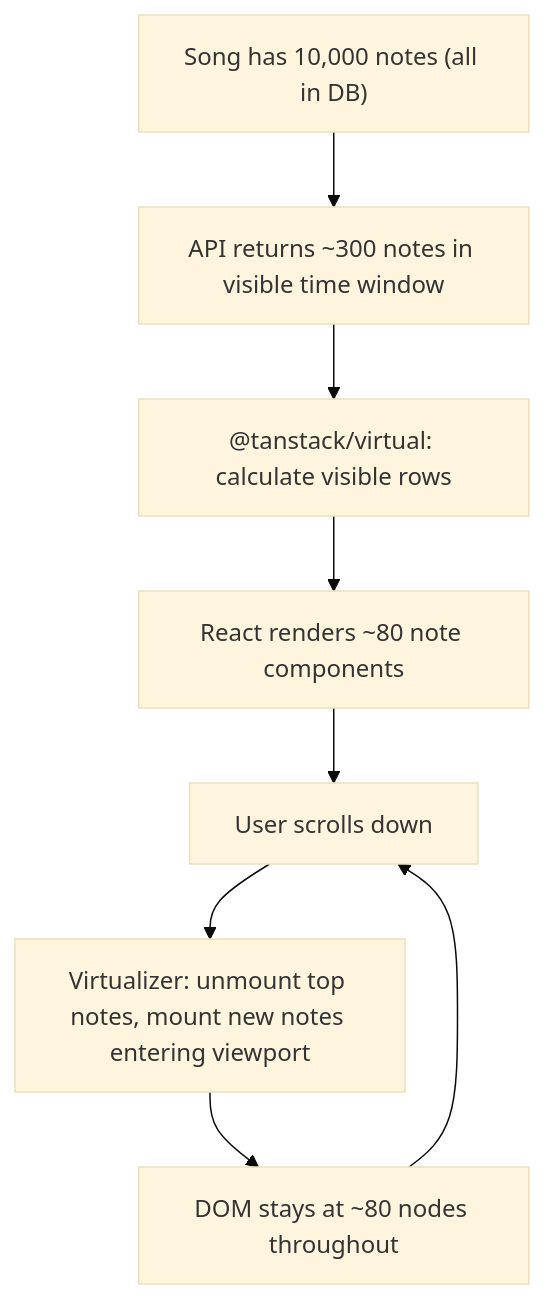
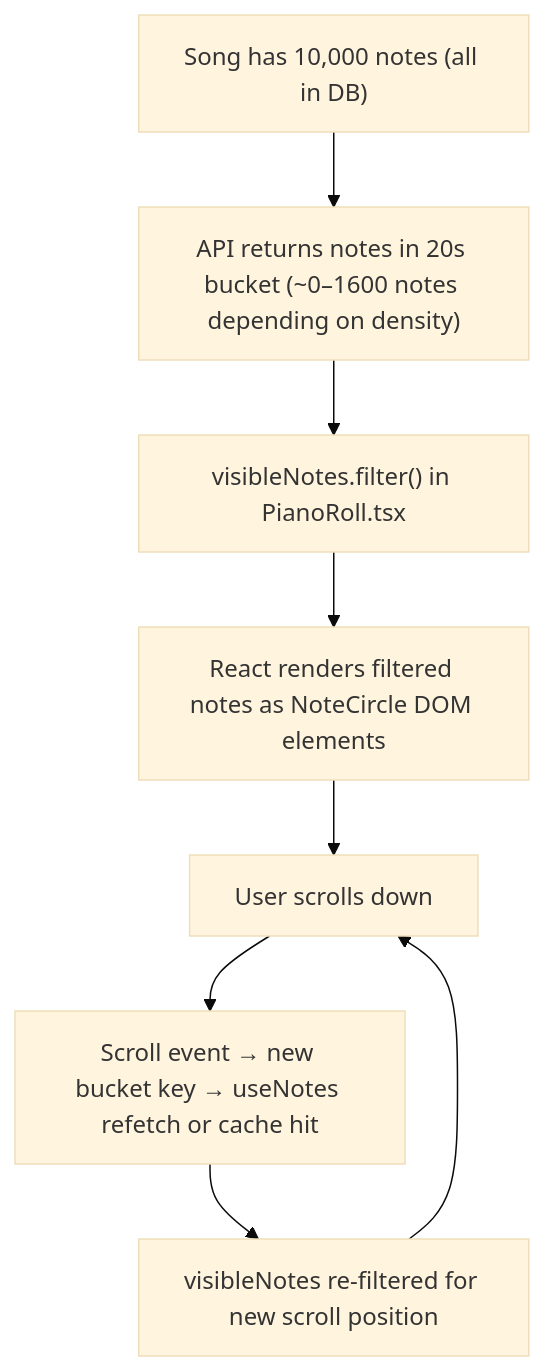
The diagram in docs/project/features/F04-performance-10k-notes.md (3xhvy/ama-midi), drawn with Mermaid (base theme) before and after one commit. The commit also changed other lines of this file and 7 other files, not shown here.

````diff
--- a/docs/project/features/F04-performance-10k-notes.md
+++ b/docs/project/features/F04-performance-10k-notes.md
@@ -117,13 +127,13 @@
 ```mermaid
 flowchart TB
     A["Song has 10,000 notes (all in DB)"]
-    B["API returns ~300 notes in visible time window"]
-    C["@tanstack/virtual: calculate visible rows"]
-    D["React renders ~80 note components"]
+    B["API returns notes in 20s bucket (~0–1600 notes depending on density)"]
+    C["visibleNotes.filter() in PianoRoll.tsx"]
+    D["React renders filtered notes as NoteCircle DOM elements"]
     E["User scrolls down"]
-    F["Virtualizer: unmount top notes, mount new notes entering viewport"]
-    G["DOM stays at ~80 nodes throughout"]
+    F["Scroll event → new bucket key → useNotes refetch or cache hit"]
+    G["visibleNotes re-filtered for new scroll position"]
 
     A --> B --> C --> D --> E --> F --> G
     G --> E
 ```
````
